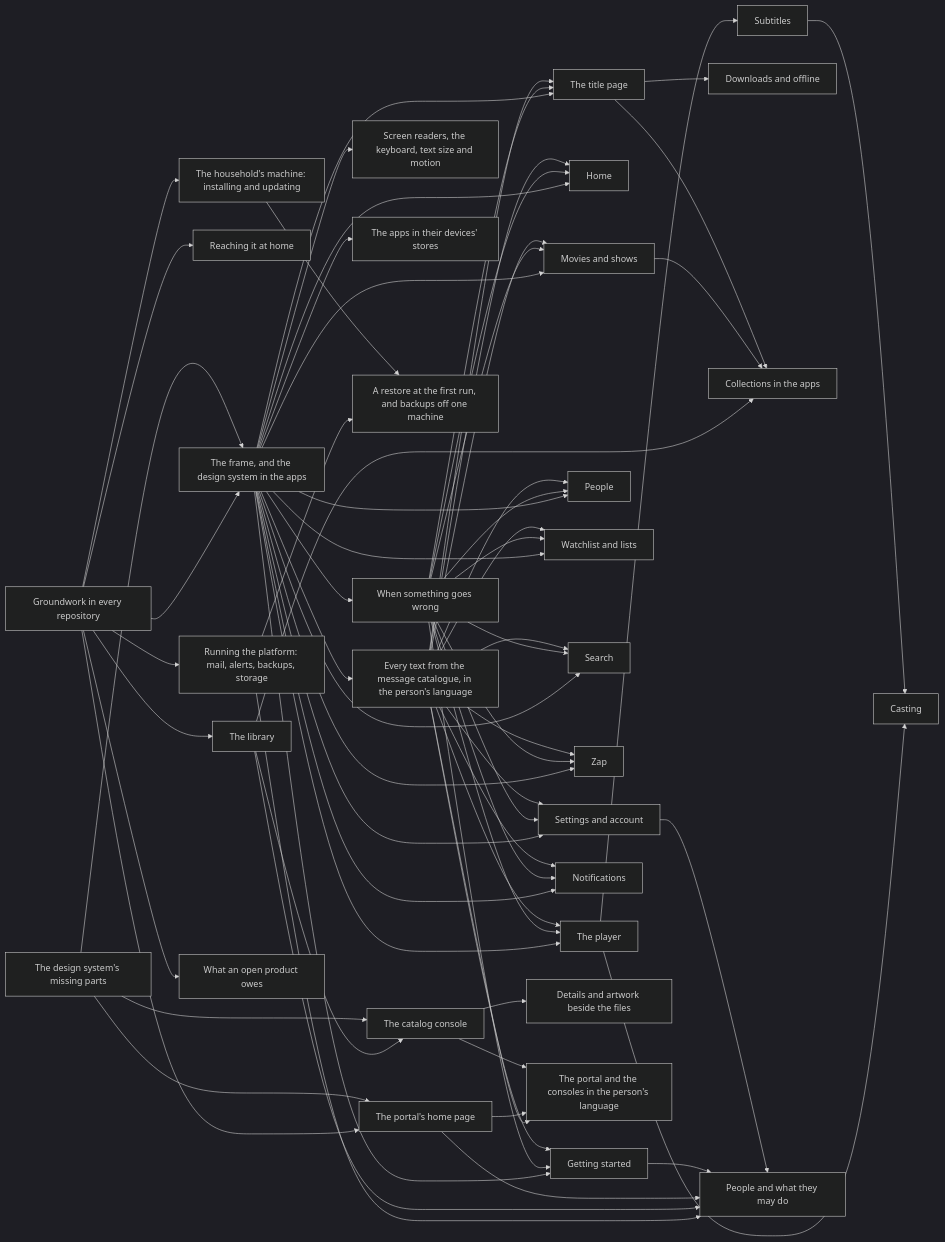
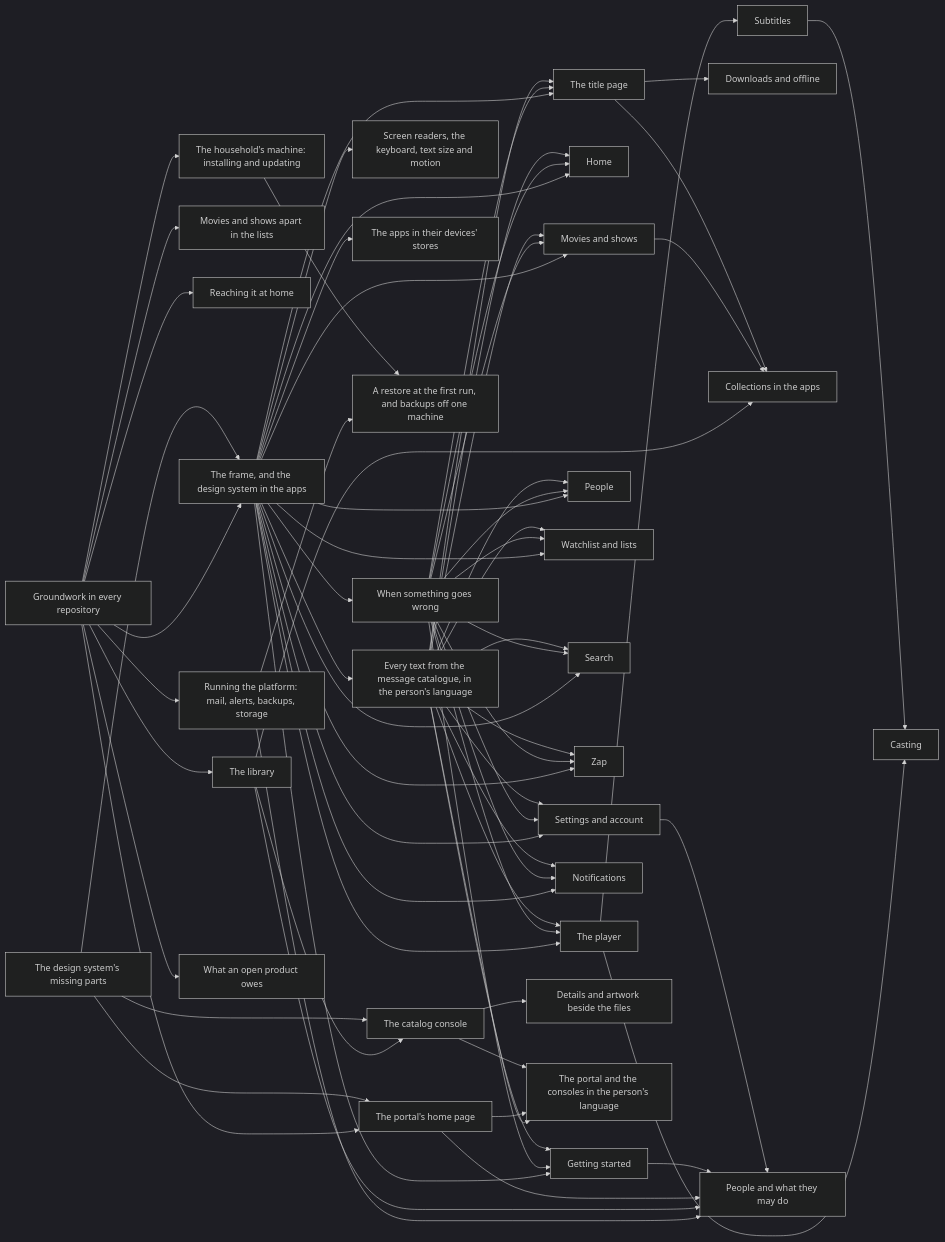
Before and after one commit to zaentrum/zaentrum: the diagram in spec/capabilities/packages.md, drawn with Mermaid (dark theme). The commit also changed other lines of this file and 10 other files, not shown here.

First line of the commit message:
spec(chino): 8.C18 and 16.C25, movies and shows apart in every list, by a setting of the account

```diff
--- a/spec/capabilities/packages.md
+++ b/spec/capabilities/packages.md
@@ -45,6 +45,7 @@
   p_title_page["The title page"]
   p_people_pages["People"]
   p_lists["Watchlist and lists"]
+  p_lists_by_kind["Movies and shows apart in the lists"]
   p_search["Search"]
   p_zap["Zap"]
   p_player["The player"]
@@ -89,6 +90,7 @@
   p_frame --> p_lists
   p_errors --> p_lists
   p_words --> p_lists
+  p_groundwork --> p_lists_by_kind
   p_frame --> p_search
   p_errors --> p_search
   p_words --> p_search
```
